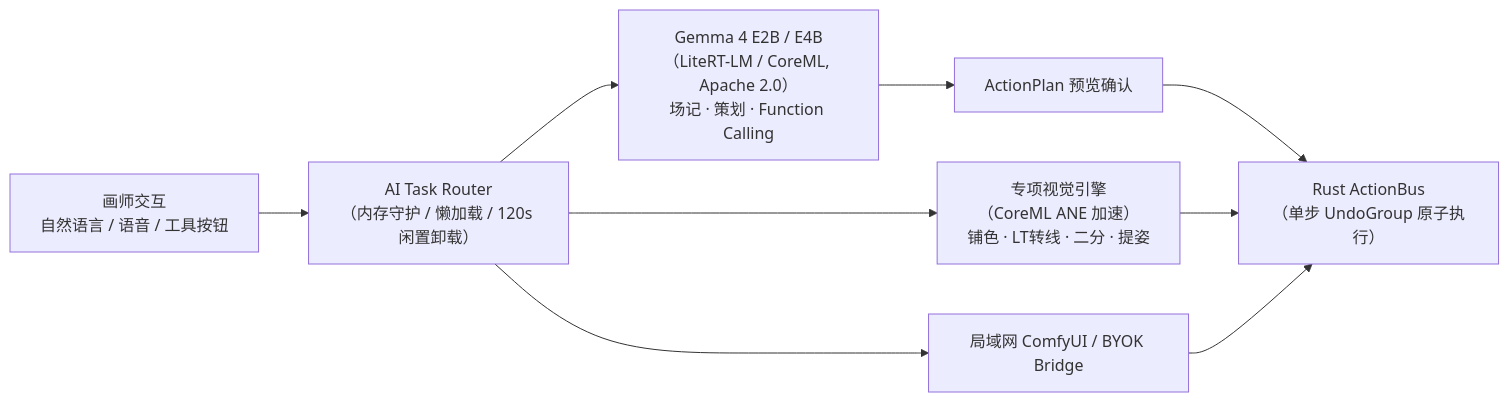
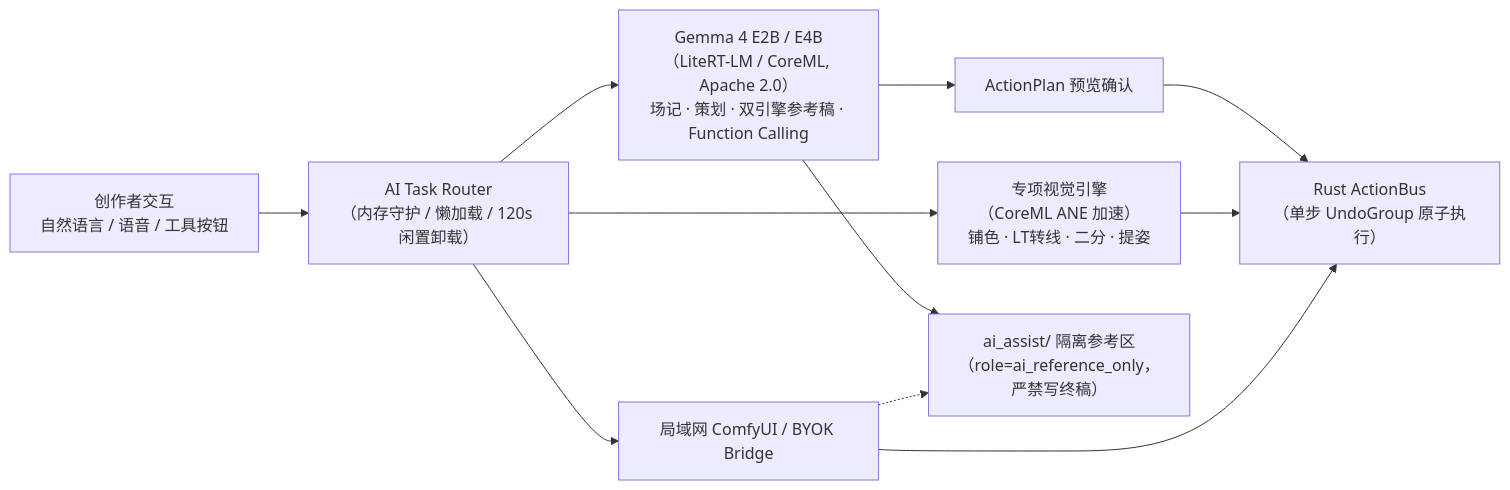
One commit to 70sDushuren/About-Paint-Tools changed the diagram in docs/zh-CN/03-ai-assistant-spec.md. Above: the diagram before and after it, drawn with Mermaid. The commit also changed other lines of this file and 29 other files, not shown here.

````diff
--- a/docs/zh-CN/03-ai-assistant-spec.md
+++ b/docs/zh-CN/03-ai-assistant-spec.md
@@ -67,11 +78,13 @@
 ```mermaid
 flowchart LR
-    Input["画师交互<br/>自然语言 / 语音 / 工具按钮"] --> Router["AI Task Router<br/>（内存守护 / 懒加载 / 120s 闲置卸载）"]
-    Router --> Gemma["Gemma 4 E2B / E4B<br/>（LiteRT-LM / CoreML, Apache 2.0）<br/>场记 · 策划 · Function Calling"]
+    Input["创作者交互<br/>自然语言 / 语音 / 工具按钮"] --> Router["AI Task Router<br/>（内存守护 / 懒加载 / 120s 闲置卸载）"]
+    Router --> Gemma["Gemma 4 E2B / E4B<br/>（LiteRT-LM / CoreML, Apache 2.0）<br/>场记 · 策划 · 双引擎参考稿 · Function Calling"]
     Router --> Vision["专项视觉引擎<br/>（CoreML ANE 加速）<br/>铺色 · LT转线 · 二分 · 提姿"]
     Router --> BYOK["局域网 ComfyUI / BYOK Bridge"]
     Gemma --> Preview["ActionPlan 预览确认"]
+    Gemma --> Iso["ai_assist/ 隔离参考区<br/>（role=ai_reference_only，严禁写终稿）"]
     Preview --> Bus["Rust ActionBus<br/>（单步 UndoGroup 原子执行）"]
     Vision --> Bus
     BYOK --> Bus
+    BYOK -.-> Iso
 ```
````
